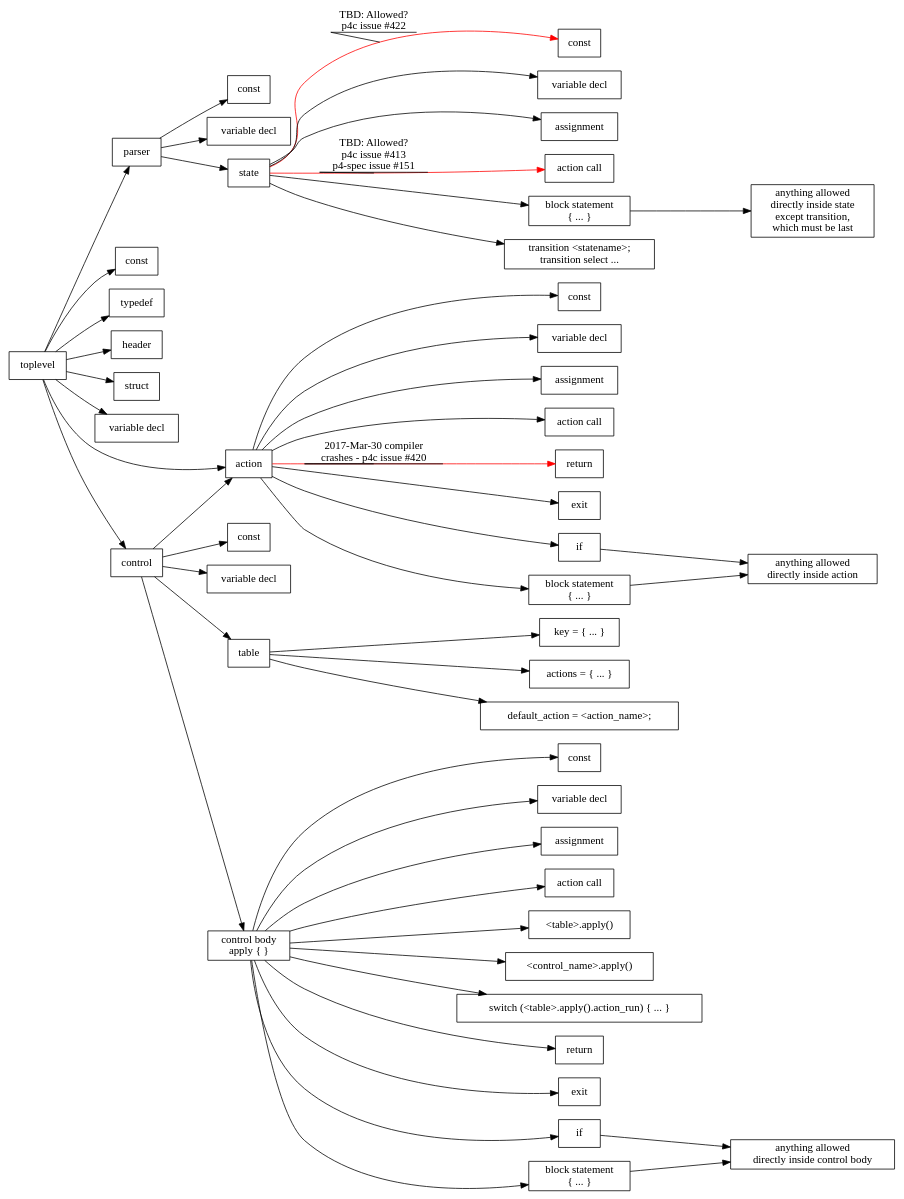
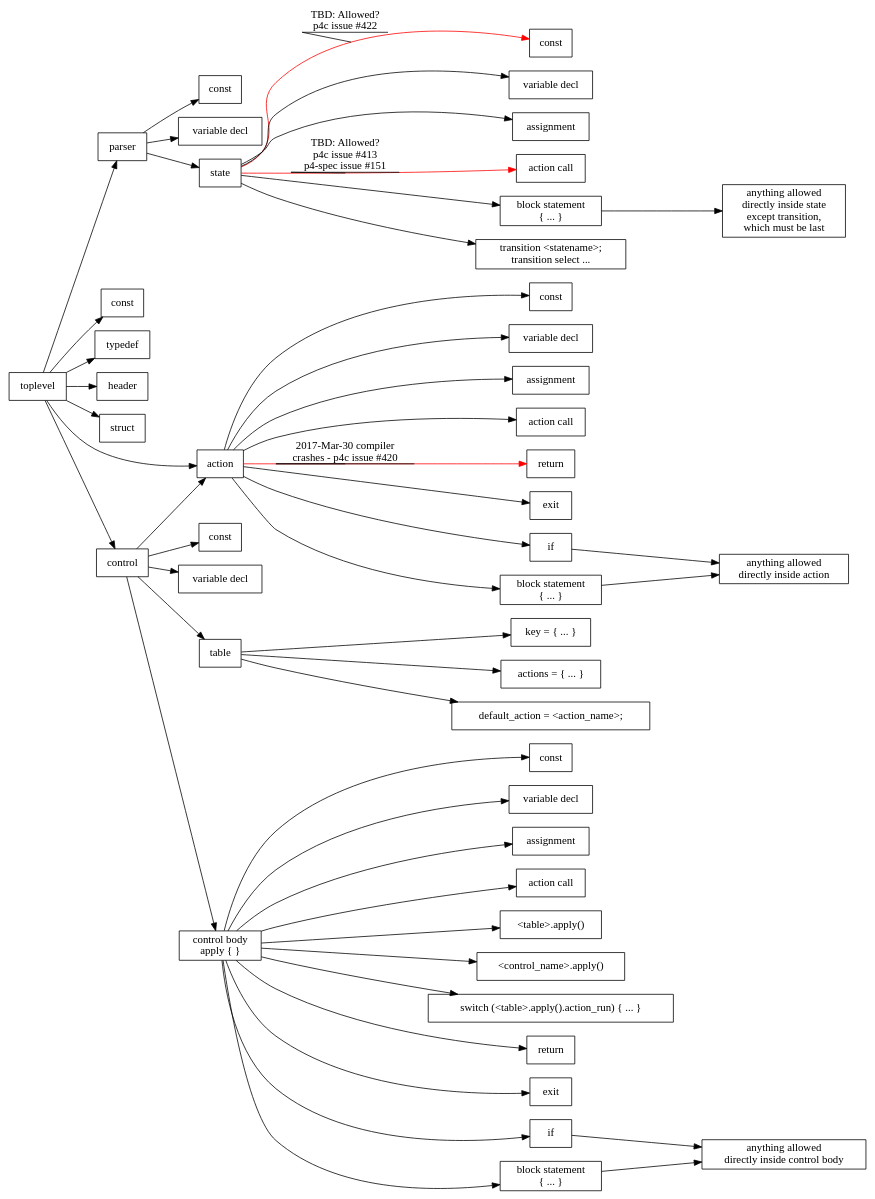
The diagram in p4-16-allowed-constructs.dot (jafingerhut/p4-guide), drawn with Graphviz before and after one commit. The commit also changed 3 other files, not shown here.

```diff
--- a/p4-16-allowed-constructs.dot
+++ b/p4-16-allowed-constructs.dot
@@ -1,138 +1,136 @@
 digraph p4_16_allowed_construct_nesting {
 
     node [shape=box];
     rankdir=LR;
     
     
     toplevel -> parserDeclaration;
     parserDeclaration [label="parser"];
     toplevel -> constantDeclaration1;
     constantDeclaration1 [label="const"];
     toplevel -> typedefDeclaration;
     typedefDeclaration [label="typedef"];
     toplevel -> headerTypeDeclaration;
     headerTypeDeclaration [label="header"];
     toplevel -> structTypeDeclaration;
     structTypeDeclaration [label="struct"];
-    toplevel -> variableDeclaration1;
-    variableDeclaration1 [label="variable decl"];
     toplevel -> actionDeclaration;
     actionDeclaration [label="action"];
     toplevel -> controlDeclaration;
     controlDeclaration [label="control"];
 
     // this is 'parser <name> (<parameters>) { ... }'
     parserDeclaration -> constantDeclaration2;
     constantDeclaration2 [label="const"];
     parserDeclaration -> variableDeclaration2;
     variableDeclaration2 [label="variable decl"];
     parserDeclaration -> parserState;
 
     parserState [label="state"];
     parserState -> constantDeclaration3 [color=red label="TBD: Allowed?\np4c issue #422" decorate=True];
     constantDeclaration3 [label="const"];
     parserState -> variableDeclaration3;
     variableDeclaration3 [label="variable decl"];
     parserState -> assignmentStatement3;
     assignmentStatement3 [label="assignment"];
     parserState -> actionCallStatement3 [color=red label="TBD: Allowed?\np4c issue #413\np4-spec issue #151" decorate=True];
     actionCallStatement3 [label="action call"];
     parserState -> blockStatement3;
     blockStatement3 [label="block statement\n{ ... }"];
     blockStatement3 -> blockStatementInParserState;
     blockStatementInParserState [label="anything allowed\ndirectly inside state\nexcept transition,\nwhich must be last"];
     parserState -> transitionStatement;
     transitionStatement [label="transition <statename>;\ntransition select ..."];
 
     controlDeclaration -> constantDeclaration4;
     constantDeclaration4 [label="const"];
     controlDeclaration -> variableDeclaration4;
     variableDeclaration4 [label="variable decl"];
     controlDeclaration -> actionDeclaration;
     controlDeclaration -> tableDeclaration;
     controlDeclaration -> controlBody;
     controlBody [label="control body\napply { }"];
 
     tableDeclaration [label="table"];
     tableDeclaration -> tablePropertyKey;
     tablePropertyKey [label="key = { ... }"];
     tableDeclaration -> tablePropertyActions;
     tablePropertyActions [label="actions = { ... }"];
     tableDeclaration -> tablePropertyDefaultAction;
     tablePropertyDefaultAction [label="default_action = <action_name>;"];
 
     actionDeclaration -> constantDeclaration5;
     constantDeclaration5 [label="const"];
     actionDeclaration -> variableDeclaration5;
     variableDeclaration5 [label="variable decl"];
     actionDeclaration -> assignmentStatement5;
     assignmentStatement5 [label="assignment"];
     actionDeclaration -> actionCallStatement5;
     actionCallStatement5 [label="action call"];
     actionDeclaration -> returnStatement5 [color=red label="2017-Mar-30 compiler\ncrashes - p4c issue #420" decorate=True];
     returnStatement5 [label="return"];
     actionDeclaration -> exitStatement5;
     exitStatement5 [label="exit"];
     actionDeclaration -> conditionalStatement5;
     conditionalStatement5 [label="if"];
     conditionalStatement5 -> blockStatementInActionDeclaration;
     actionDeclaration -> blockStatement5;
     blockStatement5 [label="block statement\n{ ... }"];
     blockStatement5 -> blockStatementInActionDeclaration;
     blockStatementInActionDeclaration [label="anything allowed\ndirectly inside action"];
 
     // I am making up actionCallStatement.  It might most closely
     // correspond in P4_16 grammar to assignmentOrMethodCallStatement.
     //actionCallStatement
 
     controlBody -> constantDeclaration6;
     constantDeclaration6 [label="const"];
     controlBody -> variableDeclaration6;
     variableDeclaration6 [label="variable decl"];
     controlBody -> assignmentStatement6;
     assignmentStatement6 [label="assignment"];
     controlBody -> actionCallStatement6;
     actionCallStatement6 [label="action call"];
     controlBody -> tableApplyCall6;
     tableApplyCall6 [label="<table>.apply()"];
     controlBody -> controlCallStatement6;
     controlCallStatement6 [label="<control_name>.apply()"];
     controlBody -> switchStatement6;
     switchStatement6 [label="switch (<table>.apply().action_run) { ... }"];
     controlBody -> returnStatement6;
     returnStatement6 [label="return"];
     controlBody -> exitStatement6;
     exitStatement6 [label="exit"];
     controlBody -> conditionalStatement6;
     conditionalStatement6 [label="if"];
     conditionalStatement6 -> blockStatementInControlBody;
     controlBody -> blockStatement6;
     blockStatement6 [label="block statement\n{ ... }"];
     blockStatement6 -> blockStatementInControlBody;
     blockStatementInControlBody [label="anything allowed\ndirectly inside control body"];
 
 //    blockStatement [label="block statement\n{ ... }"];
 //    blockStatement -> constantDeclaration7;
 //    constantDeclaration7 [label="const"];
 //    blockStatement -> variableDeclaration7;
 //    variableDeclaration7 [label="variable decl"];
 //    blockStatement -> actionCallStatement7;
 //    actionCallStatement7 [label="action call"];
 //    blockStatement -> assignmentStatement7;
 //    assignmentStatement7 [label="assignment"];
 //    blockStatement -> blockStatement;
 //    blockStatement -> conditionalStatement7 [label="unless block is\ninside state" decorate=True];
 //    conditionalStatement7 [label="if"];
 //    conditionalStatement7 -> conditionalStatement7;
 //    blockStatement -> returnStatement7 [label="unless block is\ninside state" decorate=True];
 //    returnStatement7 [label="return"];
 //    blockStatement -> exitStatement7 [label="unless block is\ninside state" decorate=True];
 //    exitStatement7 [label="exit"];
 //    blockStatement -> tableApplyCall7 [label="only in\ncontrol body\n'apply'" decorate=True];
 //    tableApplyCall7 [label="<table>.apply()"];
 //    blockStatement -> switchStatement7 [label="only in\ncontrol body\n'apply'" decorate=True];
 //    switchStatement7 [label="switch (<table>.apply().action_run) { ... }"];
 
 //    conditionalStatement [label="if"];
 //    conditionalStatement -> conditionalStatement;
 }
```
